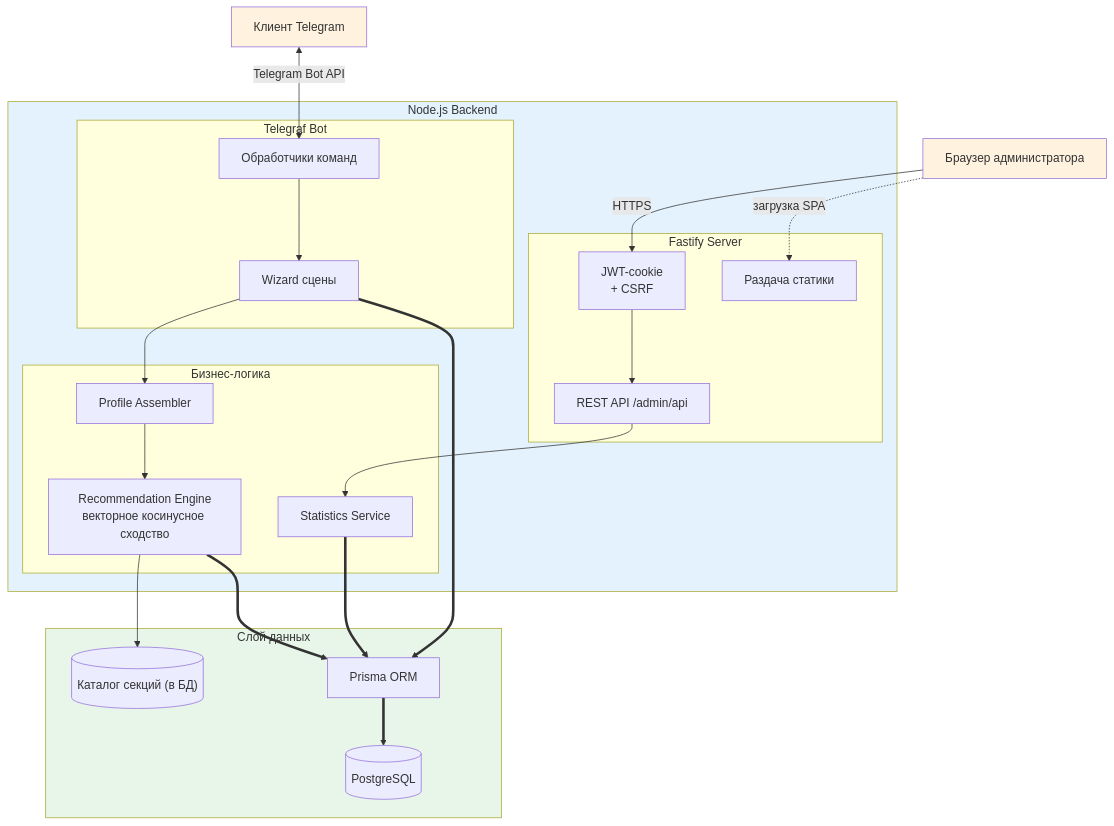
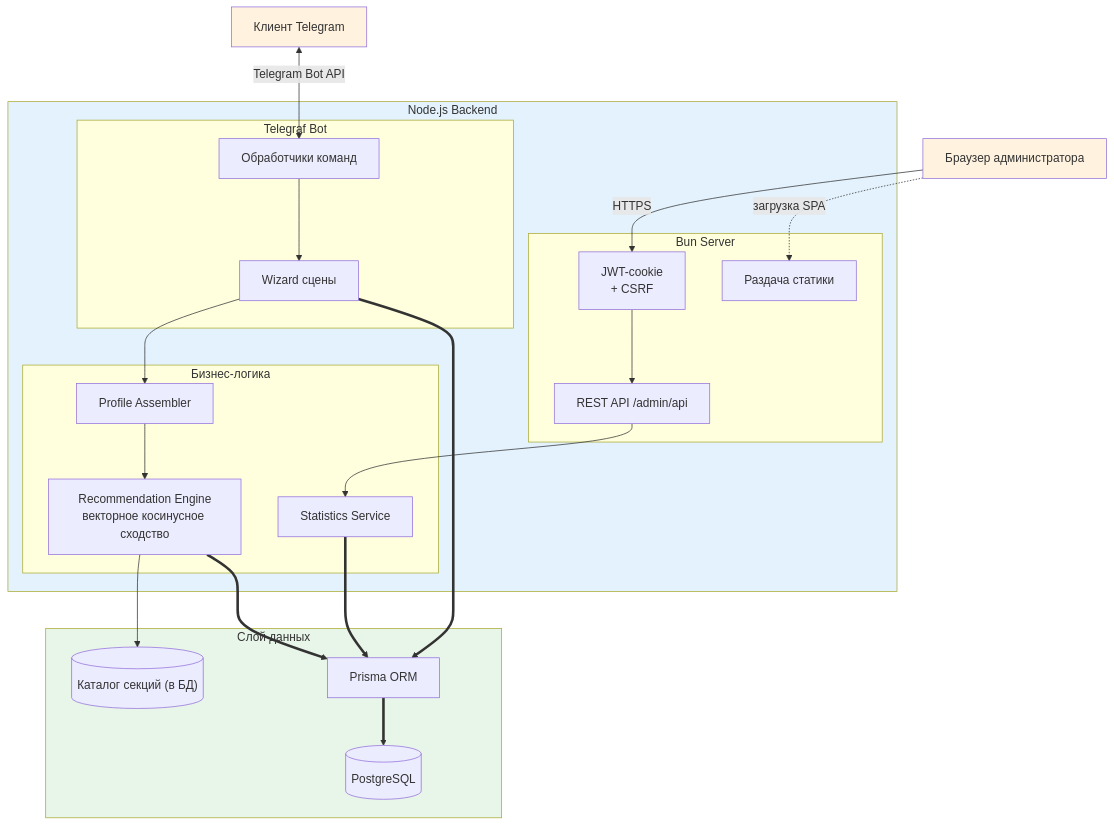
Before and after one commit to kotru21/bsuir: the first of 4 diagrams in docs/ARCHITECTURE.md, drawn with Mermaid. The commit also changed other lines of this file and 44 other files, not shown here.

First line of the commit message:
Migrate admin API from Fastify to Bun.serve

````diff
--- a/docs/ARCHITECTURE.md
+++ b/docs/ARCHITECTURE.md
@@ -18,52 +18,52 @@
 ```mermaid
 flowchart TB
    User["Клиент Telegram"]
    AdminBrowser["Браузер администратора"]
 
    subgraph Backend["Node.js Backend"]
       subgraph Telegraf["Telegraf Bot"]
          BotHandlers["Обработчики команд"]
          BotScenes["Wizard сцены"]
       end
 
-      subgraph FastifyApp["Fastify Server"]
+      subgraph BunServer["Bun Server"]
          AdminAPI["REST API /admin/api"]
          StaticFiles["Раздача статики"]
          Sessions["JWT-cookie
  + CSRF"]
       end
 
       subgraph BusinessLogic["Бизнес-логика"]
          RecEngine["Recommendation Engine<br/>векторное косинусное сходство"]
          ProfileAssembler["Profile Assembler"]
          StatService["Statistics Service"]
       end
    end
 
    subgraph Data["Слой данных"]
       Prisma["Prisma ORM"]
       DB[(PostgreSQL)]
       Catalog[("Каталог секций (в БД)")]
    end
 
    User <-->|Telegram Bot API| BotHandlers
    BotHandlers --> BotScenes
    BotScenes --> ProfileAssembler
    ProfileAssembler --> RecEngine
 
    AdminBrowser -->|HTTPS| Sessions
    Sessions --> AdminAPI
    AdminBrowser -.->|загрузка SPA| StaticFiles
 
    AdminAPI --> StatService
    RecEngine --> Catalog
    RecEngine ==> Prisma
    BotScenes ==> Prisma
    StatService ==> Prisma
    Prisma ==> DB
 
    style Backend fill:#e3f2fd
    style Data fill:#e8f5e9
    style User fill:#fff3e0
    style AdminBrowser fill:#fff3e0
 ```
````
